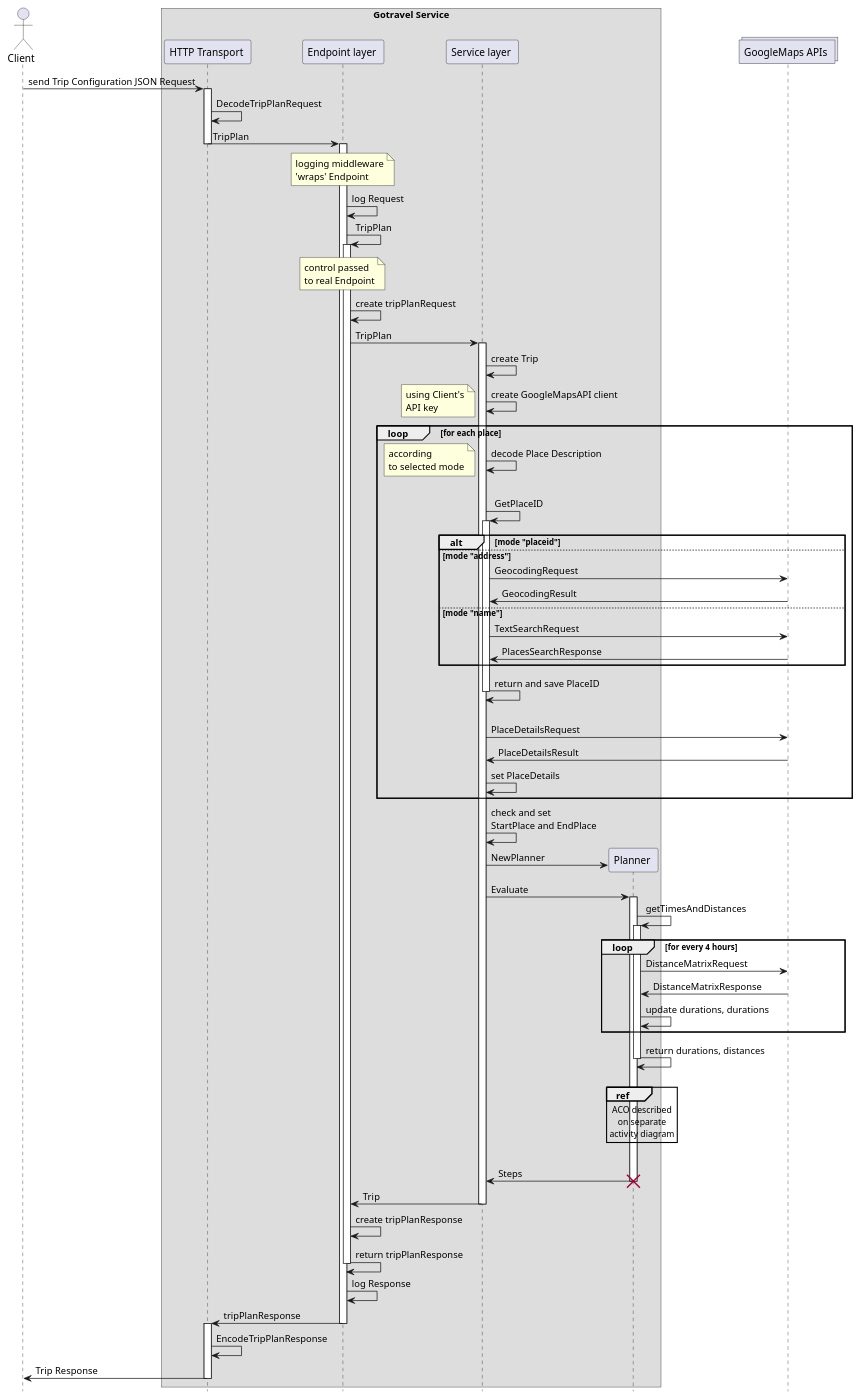
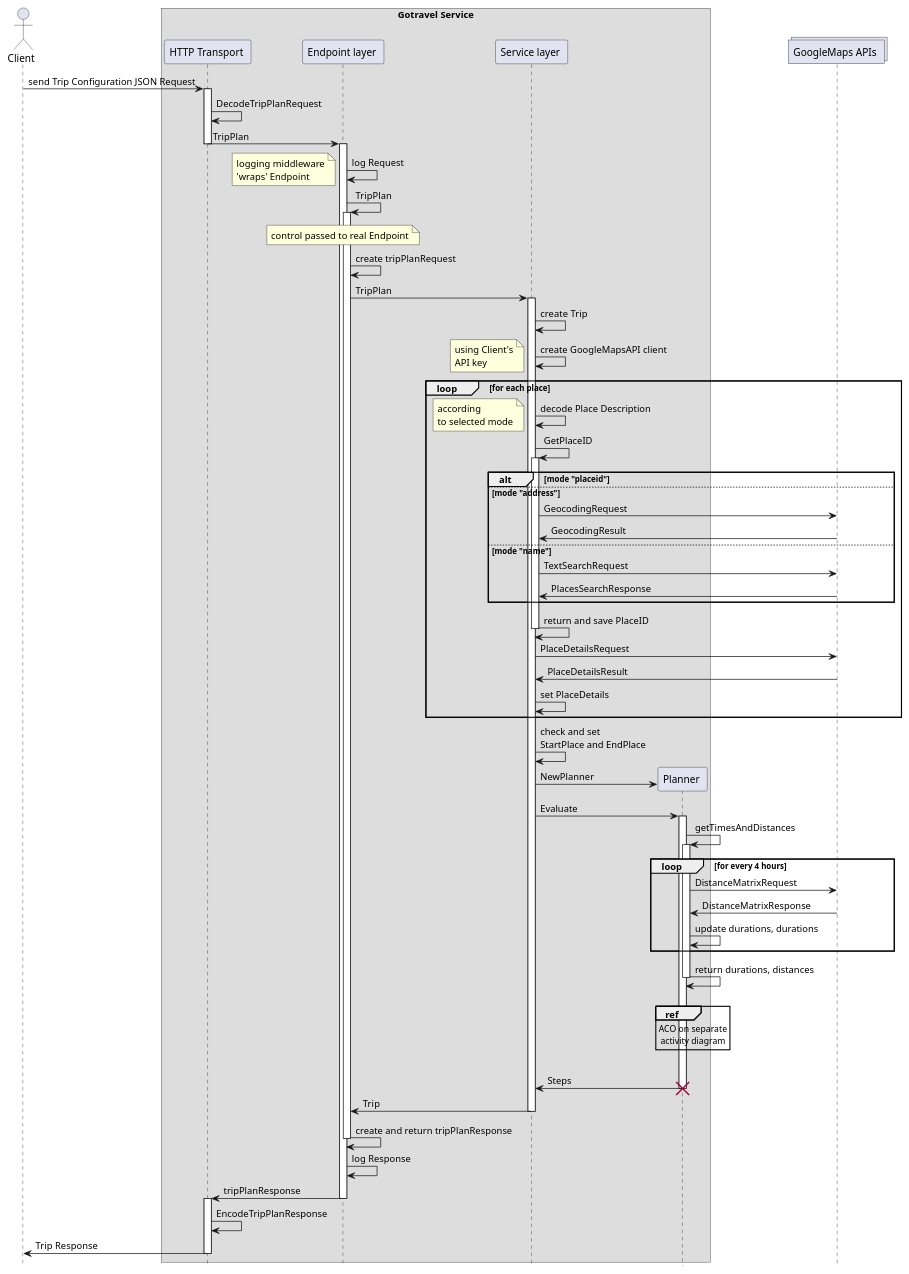
The diagram in svc_sequence.plantuml (radekwlsk/go-travel), drawn with PlantUML before and after one commit.

Commit message:
make diagram shorter for image to fit on single page

```diff
--- a/svc_sequence.plantuml
+++ b/svc_sequence.plantuml
@@ -1,96 +1,92 @@
 @startuml
 
 actor Client as C
 
 box "Gotravel Service"
  participant "HTTP Transport " as T
  participant "Endpoint layer " as E
  participant "Service layer " as S
  participant "Planner " as P
 end box
 collections "GoogleMaps APIs " as G
 
 C -> T: send Trip Configuration JSON Request
 activate T
 T -> T: DecodeTripPlanRequest
 T -> E: TripPlan
 deactivate T
 activate E
-note over E: logging middleware\n'wraps' Endpoint
 E -> E: log Request
+note left: logging middleware\n'wraps' Endpoint
 E -> E: TripPlan
 activate E
-note over E: control passed\nto real Endpoint
+note over E: control passed to real Endpoint
 E -> E: create tripPlanRequest
 E -> S: TripPlan
 
 activate S
 S -> S: create Trip
 S -> S: create GoogleMapsAPI client
 note left: using Client's\nAPI key
 
 loop for each place
  S -> S: decode Place Description
  note left: according\nto selected mode
- |||
  S -> S: GetPlaceID
  activate S
  alt mode "placeid"
  else mode "address"
  S -> G: GeocodingRequest
  S <- G: GeocodingResult
  else mode "name"
  S -> G: TextSearchRequest
  S <- G: PlacesSearchResponse
  end alt
  S -> S: return and save PlaceID
  deactivate S
- |||
  S -> G: PlaceDetailsRequest
  S <- G: PlaceDetailsResult
  S -> S: set PlaceDetails
 end loop
 
 S -> S: check and set\nStartPlace and EndPlace
 
 create P
 S -> P: NewPlanner
 S -> P: Evaluate
 activate P
 P -> P: getTimesAndDistances
 activate P
 loop for every 4 hours
  P -> G: DistanceMatrixRequest
  P <- G: DistanceMatrixResponse
  P -> P: update durations, durations
 end loop
 P -> P: return durations, distances
 deactivate P
 |||
 ref over P
- ACO described
- on separate
+ ACO on separate
  activity diagram
 end
 |||
 S <- P: Steps
 destroy P
 E <- S: Trip
 
 deactivate S
 
-E -> E: create tripPlanResponse
-E -> E: return tripPlanResponse
+E -> E: create and return tripPlanResponse
 deactivate E
 E -> E: log Response
 T <- E: tripPlanResponse
 deactivate E
 activate T
 T -> T: EncodeTripPlanResponse
 C <- T: Trip Response
 deactivate T
 
 
 hide footbox
 
 @enduml
```
